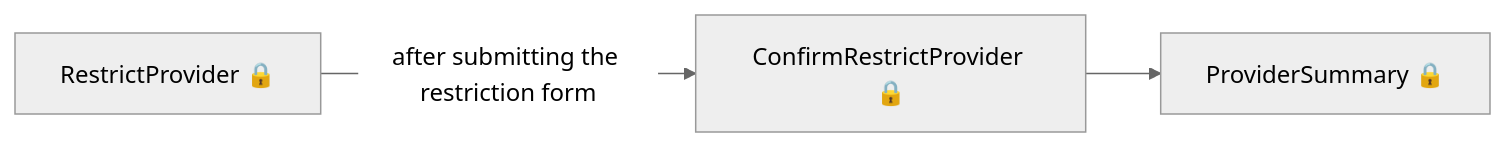
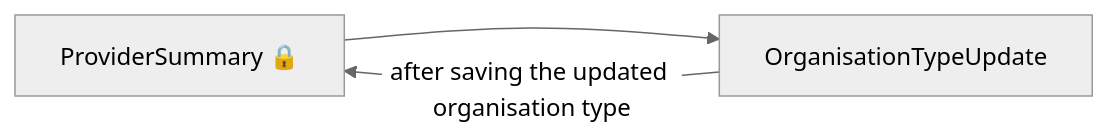
One commit to talentconsulting/atlas-dfe changed diagram 13 of 15 in das-admin-roatp-web/user-journeys/user-journeys.md. Above: the diagram before and after it, drawn with Mermaid (neutral theme). The commit also changed other lines of this file and 36 other files, not shown here.

````diff
--- a/das-admin-roatp-web/user-journeys/user-journeys.md
+++ b/das-admin-roatp-web/user-journeys/user-journeys.md
@@ -161,5 +164,5 @@
 ```mermaid
 flowchart LR
-  p0["RestrictProvider 🔒"] -->|"after submitting the restriction form"| p1["ConfirmRestrictProvider 🔒"]
-  p1["ConfirmRestrictProvider 🔒"] --> p2["ProviderSummary 🔒"]
+  p0["ProviderSummary 🔒"] --> p1["OrganisationTypeUpdate"]
+  p1["OrganisationTypeUpdate"] -->|"after saving the updated organisation type"| p0["ProviderSummary 🔒"]
 ```
````
